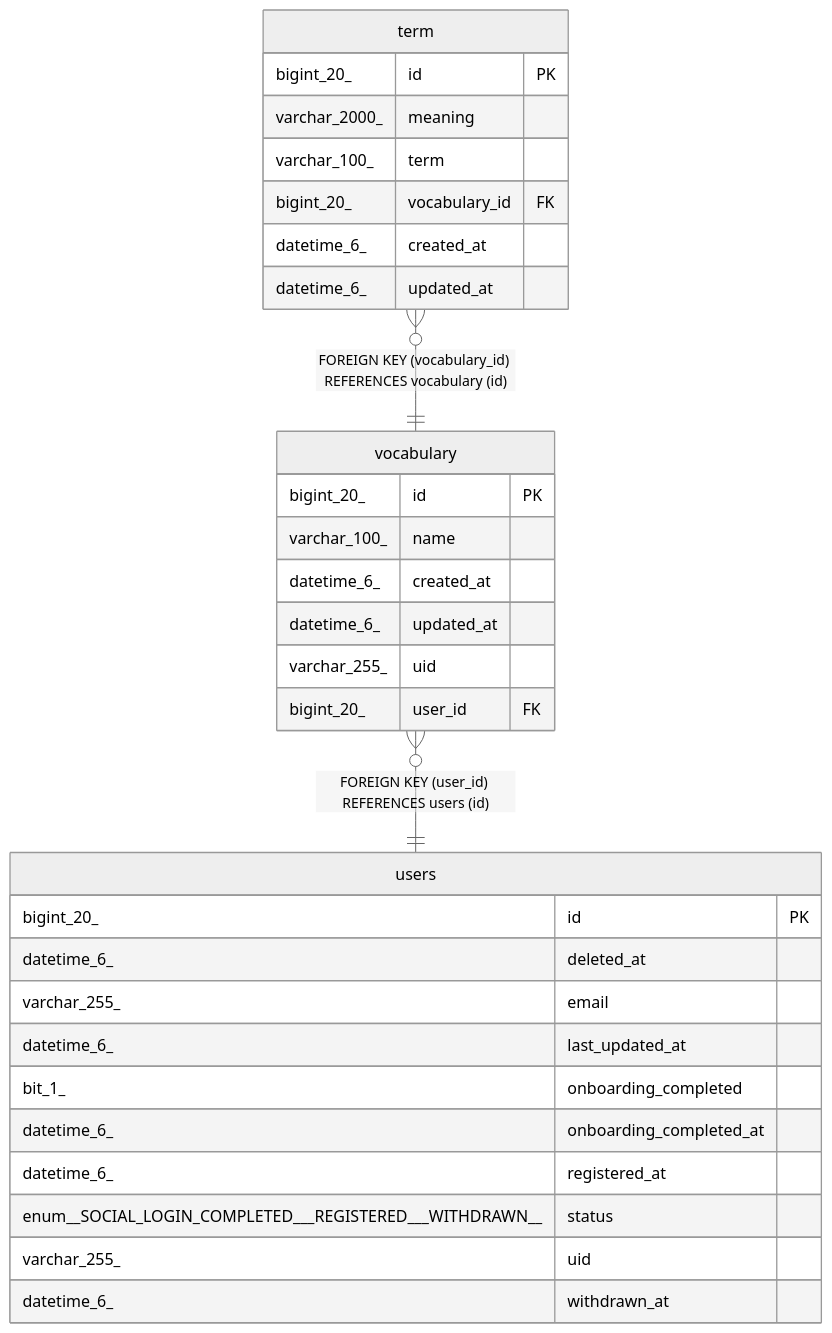
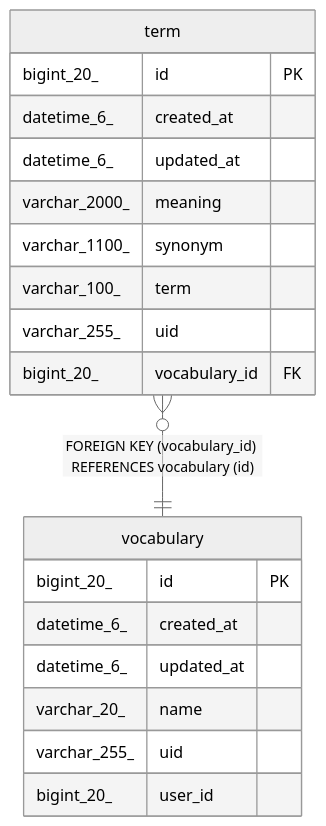
Before and after one commit to makevook/vook-server: the diagram in docs/schema/vocabulary.md, drawn with Mermaid (neutral theme). The commit also changed other lines of this file and 8 other files, not shown here.

Commit message:
docs: schema 업데이트

````diff
--- a/docs/schema/vocabulary.md
+++ b/docs/schema/vocabulary.md
@@ -51,35 +47,24 @@
 ```mermaid
 erDiagram
 
 "term" }o--|| "vocabulary" : "FOREIGN KEY (vocabulary_id) REFERENCES vocabulary (id)"
-"vocabulary" }o--|| "users" : "FOREIGN KEY (user_id) REFERENCES users (id)"
 
 "vocabulary" {
   bigint_20_ id PK
-  varchar_100_ name
   datetime_6_ created_at
   datetime_6_ updated_at
+  varchar_20_ name
   varchar_255_ uid
-  bigint_20_ user_id FK
+  bigint_20_ user_id
 }
 "term" {
   bigint_20_ id PK
-  varchar_2000_ meaning
-  varchar_100_ term
-  bigint_20_ vocabulary_id FK
   datetime_6_ created_at
   datetime_6_ updated_at
-}
-"users" {
-  bigint_20_ id PK
-  datetime_6_ deleted_at
-  varchar_255_ email
-  datetime_6_ last_updated_at
-  bit_1_ onboarding_completed
-  datetime_6_ onboarding_completed_at
-  datetime_6_ registered_at
-  enum__SOCIAL_LOGIN_COMPLETED___REGISTERED___WITHDRAWN__ status
+  varchar_2000_ meaning
+  varchar_1100_ synonym
+  varchar_100_ term
   varchar_255_ uid
-  datetime_6_ withdrawn_at
+  bigint_20_ vocabulary_id FK
 }
 ```
````
